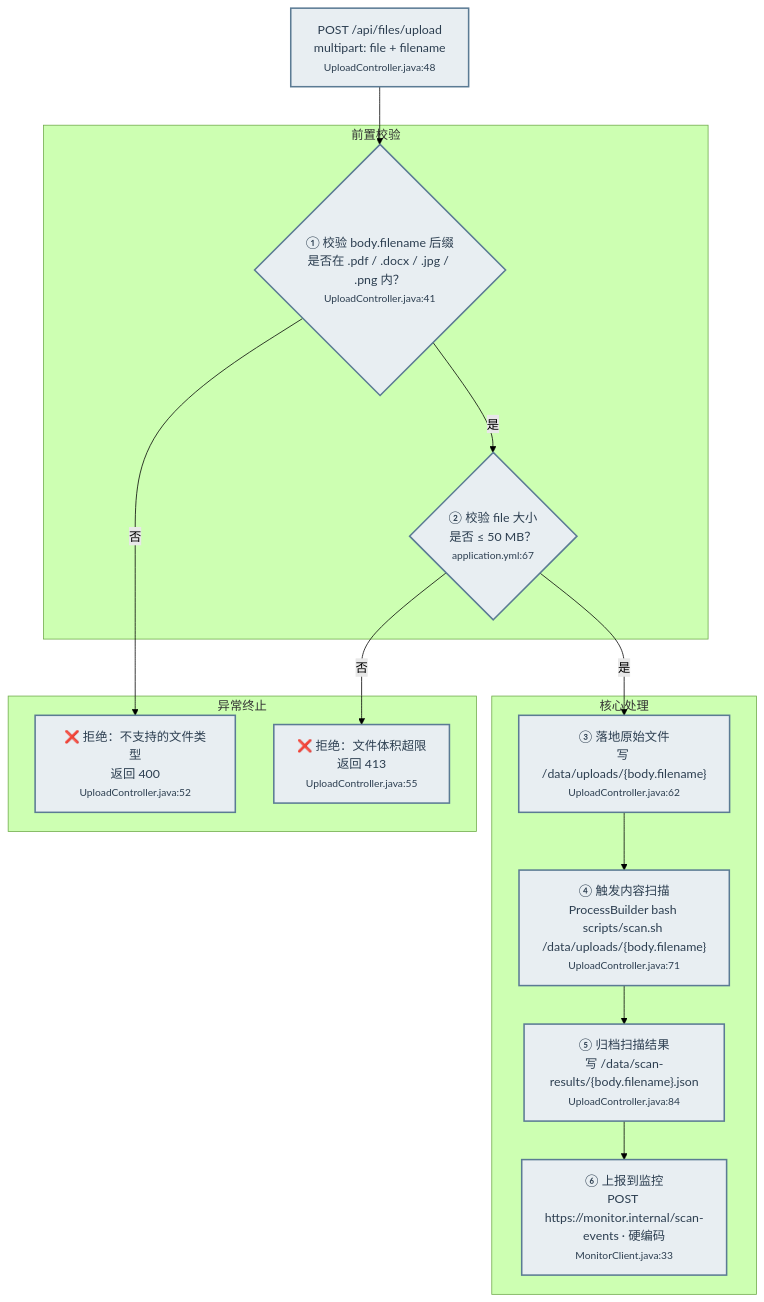
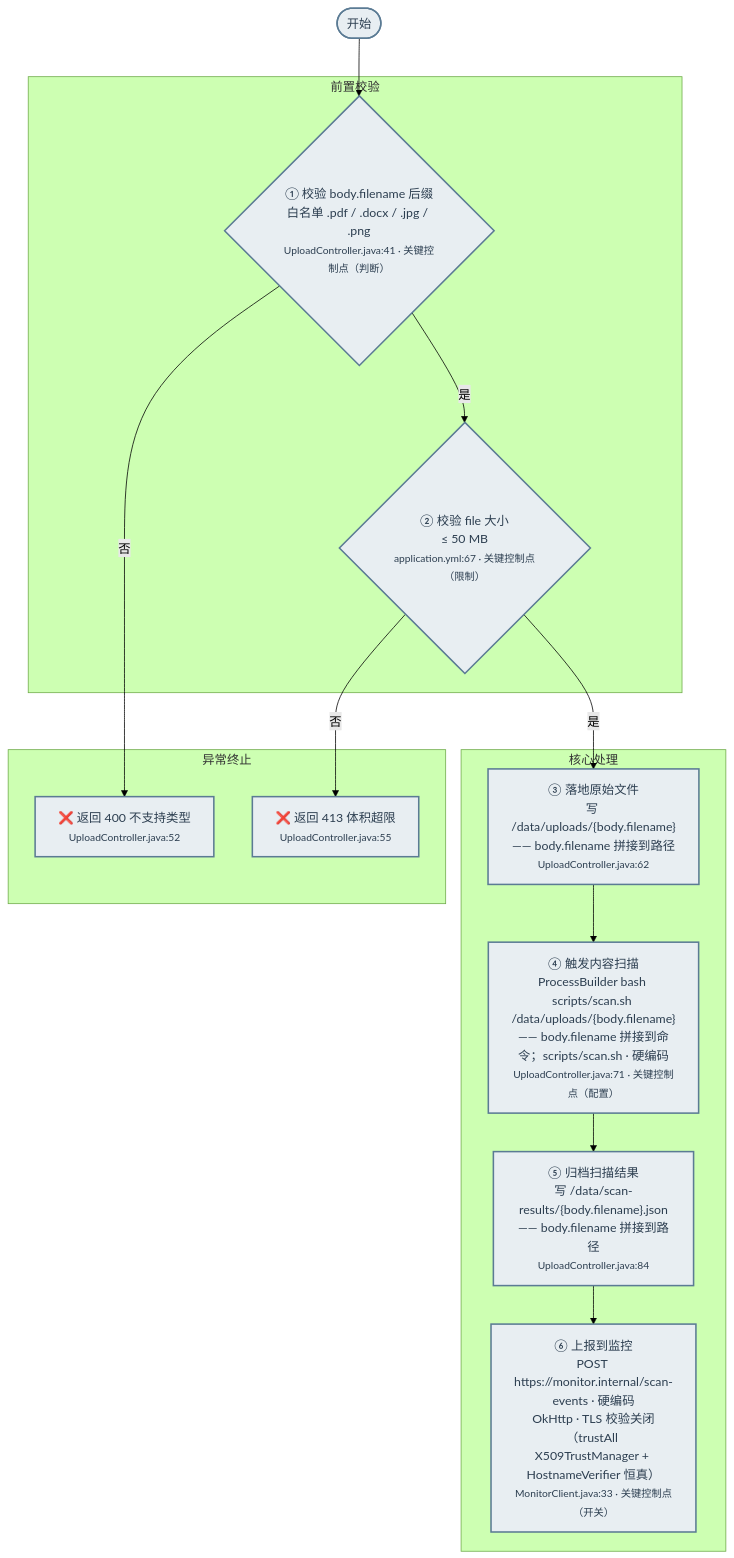
One commit to gcf0082/biz-flow-recon changed the diagram in .opencode/skills/biz-flow-recon/templates/default.md. Above: the diagram before and after it, drawn with Mermaid (forest theme). The commit also changed other lines of this file and 1 other file, not shown here.

First paragraph of the commit message:
Self-contained flowchart: generic START node + facts embedded in labels
Two-part change to the per-endpoint output style:

````diff
--- a/.opencode/skills/biz-flow-recon/templates/default.md
+++ b/.opencode/skills/biz-flow-recon/templates/default.md
@@ -24,39 +29,39 @@
 ```mermaid
 flowchart TD
-    ENDPOINT["POST /api/files/upload<br/>multipart: file + filename<br/><small>UploadController.java:48</small>"] --> CHECK_EXT
+    START([开始]) --> CHECK_EXT
 
     subgraph 前置校验
-        CHECK_EXT{"① 校验 body.filename 后缀<br/>是否在 .pdf / .docx / .jpg / .png 内？<br/><small>UploadController.java:41</small>"}
-        CHECK_SIZE{"② 校验 file 大小<br/>是否 ≤ 50 MB？<br/><small>application.yml:67</small>"}
+        CHECK_EXT{"① 校验 body.filename 后缀<br/>白名单 .pdf / .docx / .jpg / .png<br/><small>UploadController.java:41 · 关键控制点（判断）</small>"}
+        CHECK_SIZE{"② 校验 file 大小<br/>≤ 50 MB<br/><small>application.yml:67 · 关键控制点（限制）</small>"}
     end
 
     subgraph 异常终止
-        REJECT_EXT["❌ 拒绝：不支持的文件类型<br/>返回 400<br/><small>UploadController.java:52</small>"]
-        REJECT_SIZE["❌ 拒绝：文件体积超限<br/>返回 413<br/><small>UploadController.java:55</small>"]
+        REJECT_EXT["❌ 返回 400 不支持类型<br/><small>UploadController.java:52</small>"]
+        REJECT_SIZE["❌ 返回 413 体积超限<br/><small>UploadController.java:55</small>"]
     end
 
     subgraph 核心处理
-        WRITE["③ 落地原始文件<br/>写 /data/uploads/{body.filename}<br/><small>UploadController.java:62</small>"]
-        SCAN["④ 触发内容扫描<br/>ProcessBuilder bash scripts/scan.sh /data/uploads/{body.filename}<br/><small>UploadController.java:71</small>"]
-        ARCHIVE["⑤ 归档扫描结果<br/>写 /data/scan-results/{body.filename}.json<br/><small>UploadController.java:84</small>"]
-        REPORT["⑥ 上报到监控<br/>POST https://monitor.internal/scan-events · 硬编码<br/><small>MonitorClient.java:33</small>"]
+        WRITE["③ 落地原始文件<br/>写 /data/uploads/{body.filename}<br/>—— body.filename 拼接到路径<br/><small>UploadController.java:62</small>"]
+        SCAN["④ 触发内容扫描<br/>ProcessBuilder bash scripts/scan.sh /data/uploads/{body.filename}<br/>—— body.filename 拼接到命令；scripts/scan.sh · 硬编码<br/><small>UploadController.java:71 · 关键控制点（配置）</small>"]
+        ARCHIVE["⑤ 归档扫描结果<br/>写 /data/scan-results/{body.filename}.json<br/>—— body.filename 拼接到路径<br/><small>UploadController.java:84</small>"]
+        REPORT["⑥ 上报到监控<br/>POST https://monitor.internal/scan-events · 硬编码<br/>OkHttp · TLS 校验关闭（trustAll X509TrustManager + HostnameVerifier 恒真）<br/><small>MonitorClient.java:33 · 关键控制点（开关）</small>"]
     end
 
     CHECK_EXT -->|否| REJECT_EXT
     CHECK_EXT -->|是| CHECK_SIZE
     CHECK_SIZE -->|否| REJECT_SIZE
     CHECK_SIZE -->|是| WRITE
     WRITE --> SCAN
     SCAN --> ARCHIVE
     ARCHIVE --> REPORT
 
-    style ENDPOINT fill:#E8EEF2,stroke:#5B7B94,stroke-width:2px,color:#2C3E50
+    style START fill:#E8EEF2,stroke:#5B7B94,stroke-width:2px,color:#2C3E50
     style CHECK_EXT fill:#E8EEF2,stroke:#5B7B94,stroke-width:2px,color:#2C3E50
     style CHECK_SIZE fill:#E8EEF2,stroke:#5B7B94,stroke-width:2px,color:#2C3E50
     style REJECT_EXT fill:#E8EEF2,stroke:#5B7B94,stroke-width:2px,color:#2C3E50
     style REJECT_SIZE fill:#E8EEF2,stroke:#5B7B94,stroke-width:2px,color:#2C3E50
     style WRITE fill:#E8EEF2,stroke:#5B7B94,stroke-width:2px,color:#2C3E50
     style SCAN fill:#E8EEF2,stroke:#5B7B94,stroke-width:2px,color:#2C3E50
     style ARCHIVE fill:#E8EEF2,stroke:#5B7B94,stroke-width:2px,color:#2C3E50
     style REPORT fill:#E8EEF2,stroke:#5B7B94,stroke-width:2px,color:#2C3E50
 ```
````
